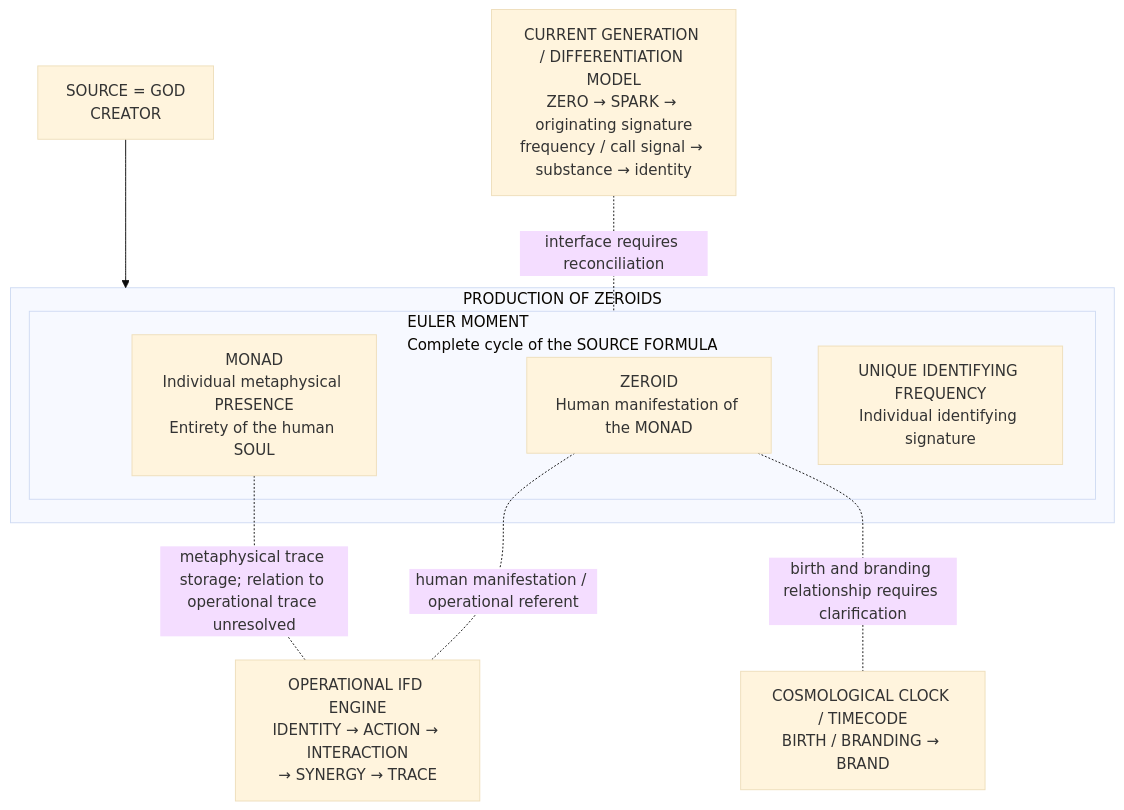
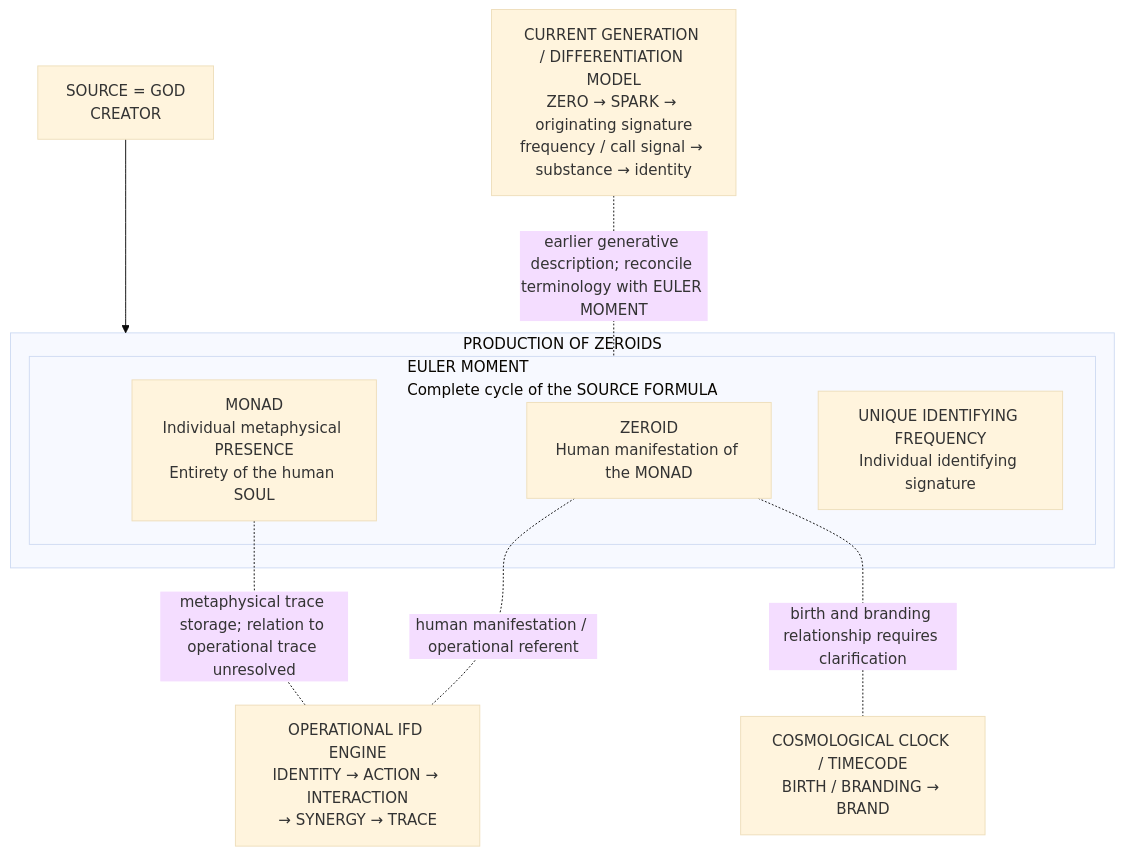
Before and after one commit to FreeBeat222/IdentityFieldDynamics: the diagram in research/IFD_CURRENT_FORMULATION_SOURCE_ZEROID_EULER_MOMENT_INTEGRATION_AUDIT_2026-11-22.md, drawn with Mermaid (base theme). The commit also changed other lines of this file, not shown here.

Commit message:
Correct Euler Moment scope and withdraw larger-sequence framing

````diff
--- a/research/IFD_CURRENT_FORMULATION_SOURCE_ZEROID_EULER_MOMENT_INTEGRATION_AUDIT_2026-11-22.md
+++ b/research/IFD_CURRENT_FORMULATION_SOURCE_ZEROID_EULER_MOMENT_INTEGRATION_AUDIT_2026-11-22.md
@@ -147,18 +149,18 @@
 ```mermaid
 flowchart TD
     S["SOURCE = GOD<br/>CREATOR"] --> P
     subgraph P["PRODUCTION OF ZEROIDS"]
         subgraph E["EULER MOMENT<br/>Complete cycle of the SOURCE FORMULA"]
             M["MONAD<br/>Individual metaphysical PRESENCE<br/>Entirety of the human SOUL"]
             Z["ZEROID<br/>Human manifestation of the MONAD"]
             F["UNIQUE IDENTIFYING FREQUENCY<br/>Individual identifying signature"]
         end
     end
     G["CURRENT GENERATION / DIFFERENTIATION MODEL<br/>ZERO → SPARK → originating signature<br/>frequency / call signal → substance → identity"]
     I["OPERATIONAL IFD ENGINE<br/>IDENTITY → ACTION → INTERACTION<br/>→ SYNERGY → TRACE"]
     B["COSMOLOGICAL CLOCK / TIMECODE<br/>BIRTH / BRANDING → BRAND"]
-    G -. "interface requires reconciliation" .- E
+    G -. "earlier generative description; reconcile terminology with EULER MOMENT" .- E
     Z -. "human manifestation / operational referent" .- I
     Z -. "birth and branding relationship requires clarification" .- B
     M -. "metaphysical trace storage; relation to operational trace unresolved" .- I
 ```
````
